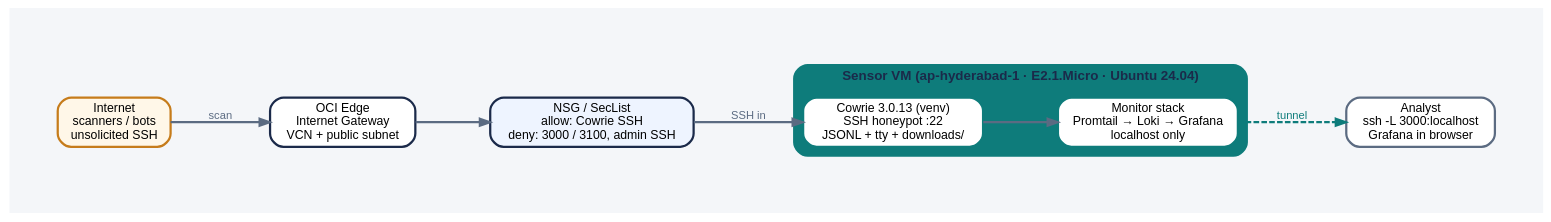
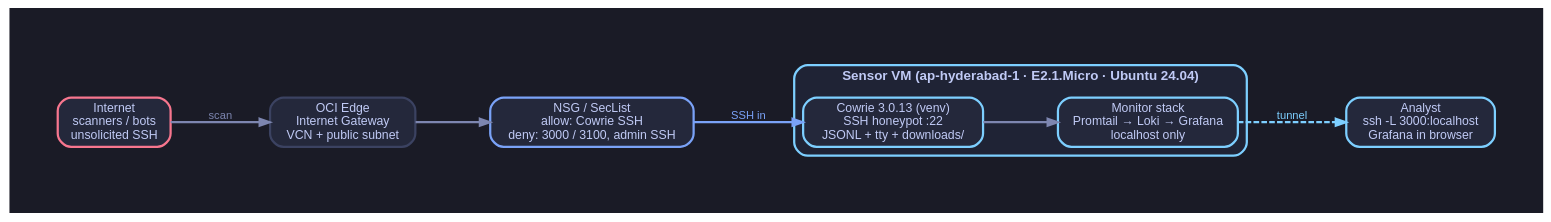
The diagram in diagrams/architecture.dot (aaadarsh1337/threat-harbour), drawn with Graphviz before and after one commit. The commit also changed 3 other files, not shown here.

```diff
--- a/diagrams/architecture.dot
+++ b/diagrams/architecture.dot
@@ -1,35 +1,37 @@
 // Source for diagrams/architecture.png — render with:
 //   dot -Tpng -Gdpi=150 diagrams/architecture.dot -o diagrams/architecture.png
+// Theme: Tokyo Night (matches aaadarsh1337.github.io/intel + css/tokens.css).
 digraph architecture {
   rankdir=LR;
-  bgcolor="#f4f6f9";
+  bgcolor="#1a1b26";
   pad=0.6;
   nodesep=0.7;
   ranksep=0.9;
-  node [shape=box, style="rounded,filled", fontname="Helvetica", fontsize=11, color="#1b2a4a", penwidth=2];
-  edge [fontname="Helvetica", fontsize=10, fontcolor="#5b6b82", color="#5b6b82", penwidth=2, arrowsize=0.9];
+  node [shape=box, style="rounded,filled", fontname="Helvetica", fontsize=11,
+        fillcolor="#24283b", fontcolor="#c0caf5", color="#3b4261", penwidth=2];
+  edge [fontname="Helvetica", fontsize=10, fontcolor="#7d86b0", color="#7d86b0", penwidth=2, arrowsize=0.9];
 
-  internet [label="Internet\nscanners / bots\nunsolicited SSH", fillcolor="#fff7e8", color="#c67c1b"];
-  edge_oci [label="OCI Edge\nInternet Gateway\nVCN + public subnet", fillcolor="white"];
-  nsg [label="NSG / SecList\nallow: Cowrie SSH\ndeny: 3000 / 3100, admin SSH", fillcolor="#eef4ff"];
-  analyst [label="Analyst\nssh -L 3000:localhost\nGrafana in browser", fillcolor="white", color="#5b6b82"];
+  internet [label="Internet\nscanners / bots\nunsolicited SSH", color="#f7768e"];
+  edge_oci [label="OCI Edge\nInternet Gateway\nVCN + public subnet"];
+  nsg [label="NSG / SecList\nallow: Cowrie SSH\ndeny: 3000 / 3100, admin SSH", color="#7aa2f7"];
+  analyst [label="Analyst\nssh -L 3000:localhost\nGrafana in browser", color="#7dcfff"];
 
   subgraph cluster_vm {
     label="Sensor VM (ap-hyderabad-1 · E2.1.Micro · Ubuntu 24.04)";
     fontname="Helvetica-Bold";
     fontsize=12;
-    fontcolor="#1b2a4a";
-    color="#0e7c7b";
+    fontcolor="#c0caf5";
+    color="#7dcfff";
     penwidth=2;
-    bgcolor="#e9f5f0";
-    style="rounded,filled";
-    cowrie [label="Cowrie 3.0.13 (venv)\nSSH honeypot :22\nJSONL + tty + downloads/", fillcolor="white", color="#0e7c7b"];
-    monitor [label="Monitor stack\nPromtail → Loki → Grafana\nlocalhost only", fillcolor="white", color="#0e7c7b"];
+    bgcolor="#1f2335";
+    style="rounded";
+    cowrie [label="Cowrie 3.0.13 (venv)\nSSH honeypot :22\nJSONL + tty + downloads/", color="#7dcfff"];
+    monitor [label="Monitor stack\nPromtail → Loki → Grafana\nlocalhost only", color="#7dcfff"];
     cowrie -> monitor;
   }
 
   internet -> edge_oci [label="scan"];
   edge_oci -> nsg;
-  nsg -> cowrie [label="SSH in"];
-  monitor -> analyst [label="tunnel", style=dashed, color="#0e7c7b", fontcolor="#0e7c7b"];
+  nsg -> cowrie [label="SSH in", color="#7aa2f7", fontcolor="#7aa2f7"];
+  monitor -> analyst [label="tunnel", style=dashed, color="#7dcfff", fontcolor="#7dcfff"];
 }
```
